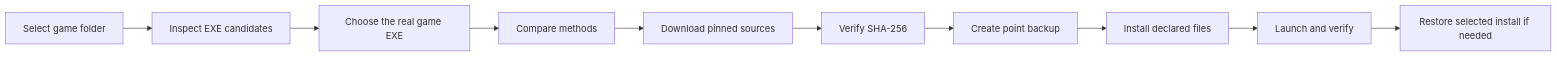
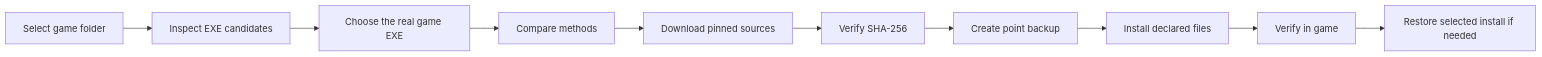
One commit to BITLIFASON/dlss5-universal-installer changed the diagram in README.md. Above: the diagram before and after it, drawn with Mermaid. The commit also changed other lines of this file and 7 other files, not shown here.

````diff
--- a/README.md
+++ b/README.md
@@ -46,12 +113,12 @@
 ```mermaid
 flowchart LR
     A[Select game folder] --> B[Inspect EXE candidates]
     B --> C[Choose the real game EXE]
     C --> D[Compare methods]
     D --> E[Download pinned sources]
     E --> F[Verify SHA-256]
     F --> G[Create point backup]
     G --> H[Install declared files]
-    H --> I[Launch and verify]
+    H --> I[Verify in game]
     I --> J[Restore selected install if needed]
 ```
````
